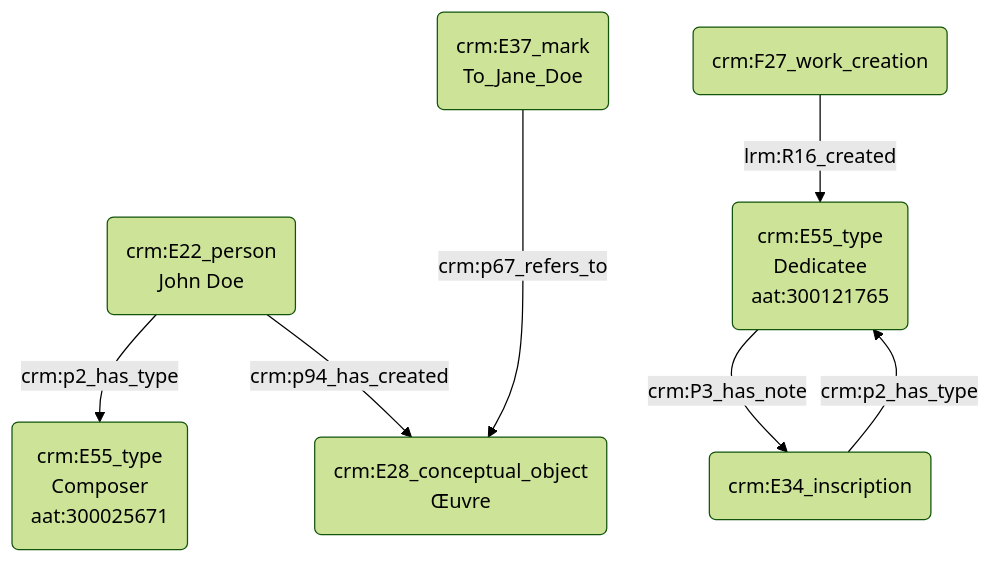
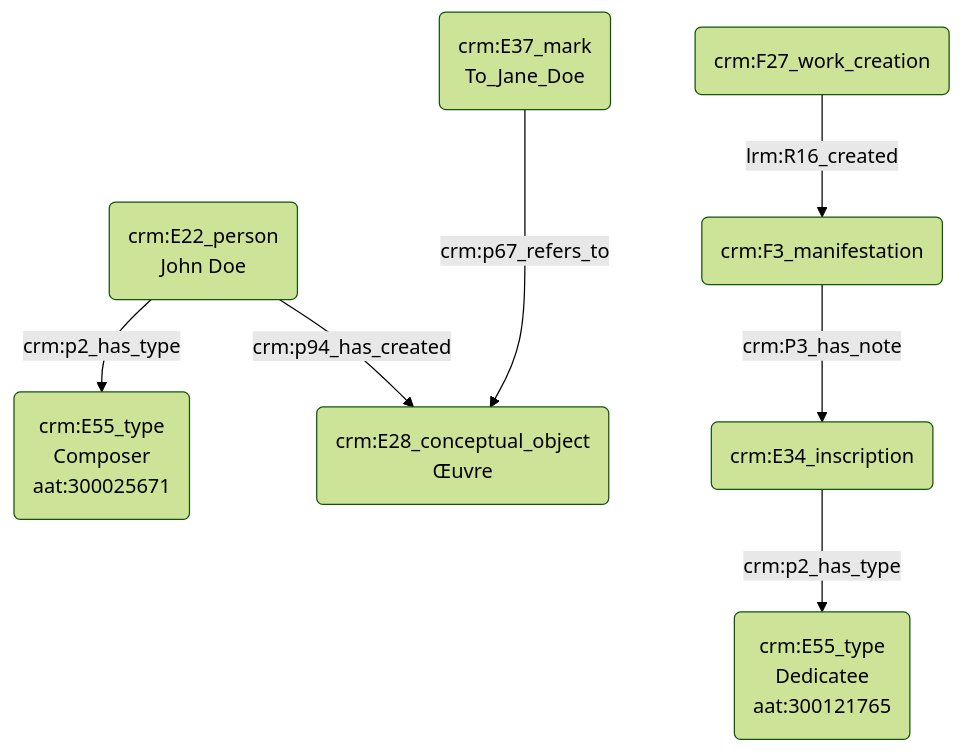
One commit to Amleth/consortium-musica2-gt2-ontologies changed the diagram in modules/livrables/Dossier 2/Indexation conceptuelle/dédicataire d'une œuvre.md. Above: the diagram before and after it, drawn with Mermaid (forest theme).

Commit message:
Update dédicataire d'une œuvre.md

````diff
--- a/modules/livrables/Dossier 2/Indexation conceptuelle/dédicataire d'une œuvre.md
+++ b/modules/livrables/Dossier 2/Indexation conceptuelle/dédicataire d'une œuvre.md
@@ -17,14 +17,14 @@
 ```mermaid
 graph TD;
 
 A(crm:E22_person<br>John Doe) --> |crm:p2_has_type| B(crm:E55_type<br>Composer<br>aat:300025671) 
 A(crm:E22_person<br>John Doe) --> |crm:p94_has_created| C(crm:E28_conceptual_object<br>Œuvre)
 D(crm:E37_mark<br>To_Jane_Doe) ---> |crm:p67_refers_to| C(crm:E28_conceptual_object<br>Œuvre)
 
 G(crm:F27_work_creation) --> |lrm:R16_created| E(crm:F3_manifestation) 
 E(crm:F3_manifestation) --> |crm:P3_has_note| H(crm:E34_inscription)
-H(crm:E34_inscription) --> |crm:p2_has_type| E(crm:E55_type<br>Dedicatee<br>aat:300121765)
+H(crm:E34_inscription) --> |crm:p2_has_type| F(crm:E55_type<br>Dedicatee<br>aat:300121765)
 
 
 
 ```
````
